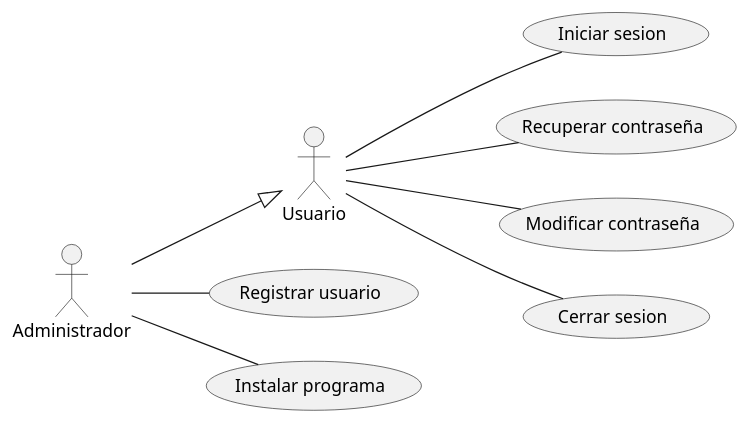
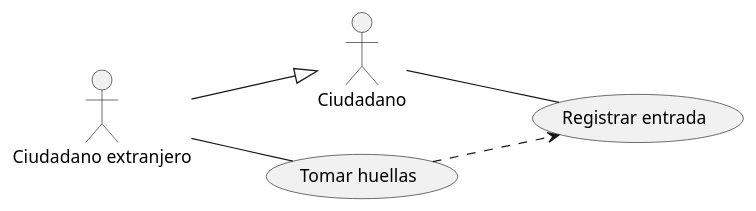
One commit to preguntitas/PlantUml changed the diagram in src/diagrama de casos.puml. Above: the diagram before and after it, drawn with PlantUML.

Commit message:
Diagrama Puesto fronterizo

```diff
--- a/src/diagrama de casos.puml
+++ b/src/diagrama de casos.puml
@@ -1,22 +1,15 @@
 @startuml
 ' DEFINICIONES
-:Usuario: as usuario
-:Administrador: as administrador
-(Iniciar sesion) as iniciar
-(Recuperar contraseña) as recuperar
-(Modificar contraseña) as modificar
-(Cerrar sesion) as cerrar
-(Registrar usuario) as registrar
-(Instalar programa) as instalar
+:Ciudadano: as ciudadano
+:Ciudadano extranjero: as extranjero
+(Registrar entrada) as registrar
+(Tomar huellas) as huellas
 
 ' RELACIONES
 left to right direction
-usuario -- iniciar
-usuario -- recuperar
-usuario -- modificar
-usuario -- cerrar
-administrador -- registrar
-administrador -- instalar
-administrador --|> usuario
+ciudadano -- registrar
+extranjero -- huellas
+extranjero --|> ciudadano
+huellas ..> registrar
 
 @enduml
```
